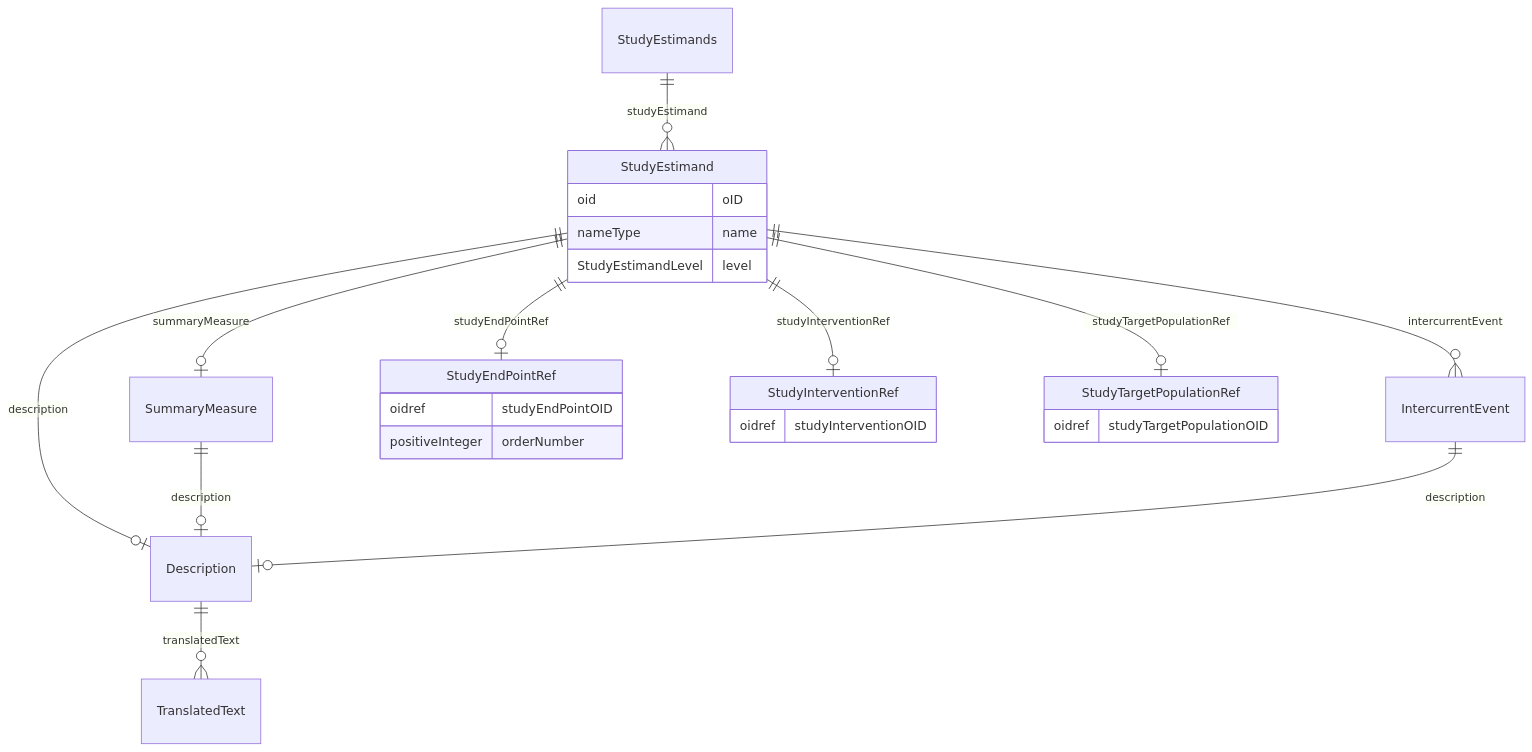
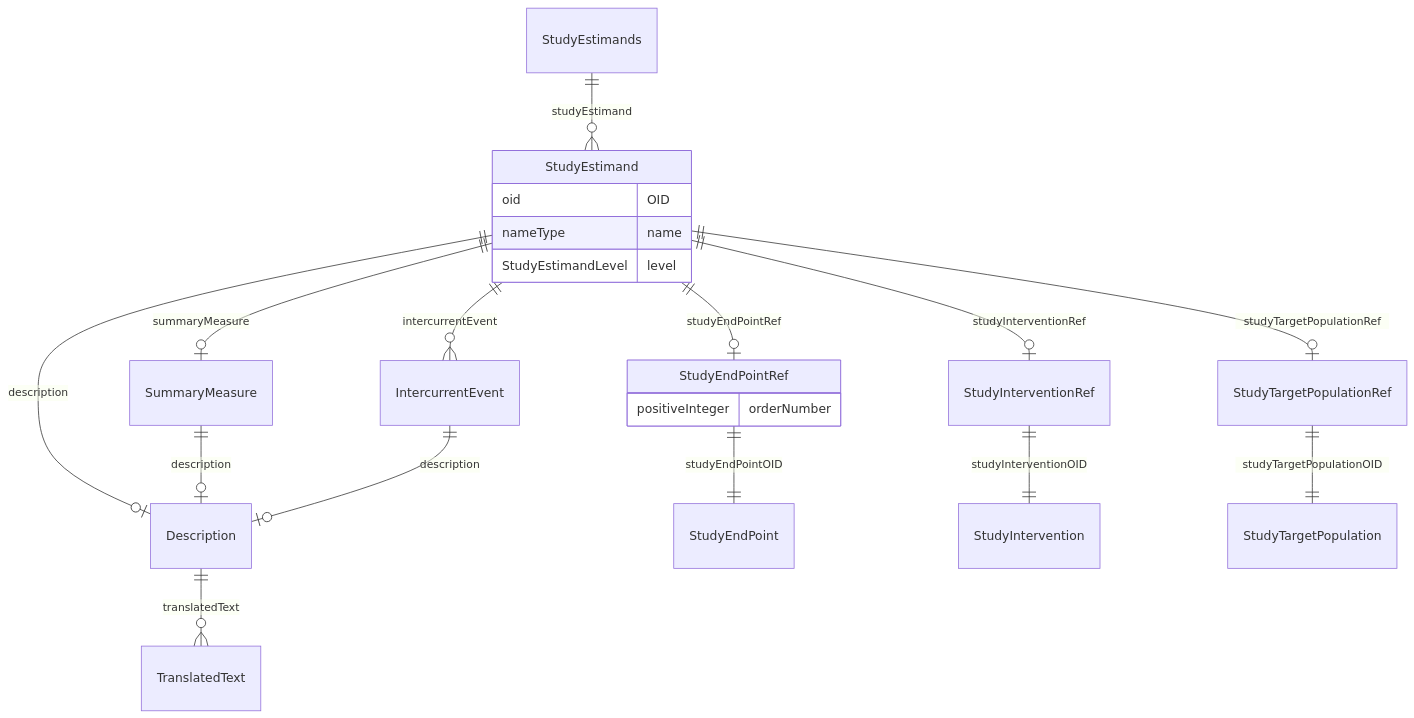
One commit to cdisc-org/DataExchange-ODM-LinkML changed the diagram in docs/StudyEstimands.md. Above: the diagram before and after it, drawn with Mermaid. The commit also changed other lines of this file and 338 other files, not shown here.

````diff
--- a/docs/StudyEstimands.md
+++ b/docs/StudyEstimands.md
@@ -11,42 +11,44 @@
 ```mermaid
 erDiagram
 StudyEstimands {
 
 }
 StudyEstimand {
-    oid oID  
+    oid OID  
     nameType name  
     StudyEstimandLevel level  
 }
 SummaryMeasure {
 
 }
 IntercurrentEvent {
 
 }
 StudyEndPointRef {
-    oidref studyEndPointOID  
     positiveInteger orderNumber  
 }
 StudyInterventionRef {
-    oidref studyInterventionOID  
+
 }
 StudyTargetPopulationRef {
-    oidref studyTargetPopulationOID  
+
 }
 Description {
 
 }
 
 StudyEstimands ||--}o StudyEstimand : "studyEstimand"
 StudyEstimand ||--|o Description : "description"
 StudyEstimand ||--|o StudyTargetPopulationRef : "studyTargetPopulationRef"
 StudyEstimand ||--|o StudyInterventionRef : "studyInterventionRef"
 StudyEstimand ||--|o StudyEndPointRef : "studyEndPointRef"
 StudyEstimand ||--}o IntercurrentEvent : "intercurrentEvent"
 StudyEstimand ||--|o SummaryMeasure : "summaryMeasure"
 SummaryMeasure ||--|o Description : "description"
 IntercurrentEvent ||--|o Description : "description"
+StudyEndPointRef ||--|| StudyEndPoint : "studyEndPointOID"
+StudyInterventionRef ||--|| StudyIntervention : "studyInterventionOID"
+StudyTargetPopulationRef ||--|| StudyTargetPopulation : "studyTargetPopulationOID"
 Description ||--}o TranslatedText : "translatedText"
 
 ```
````
